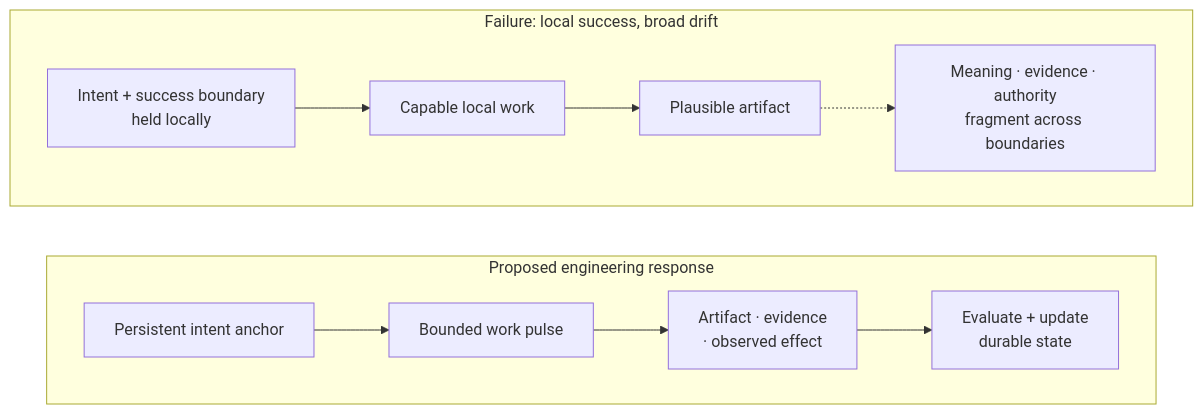
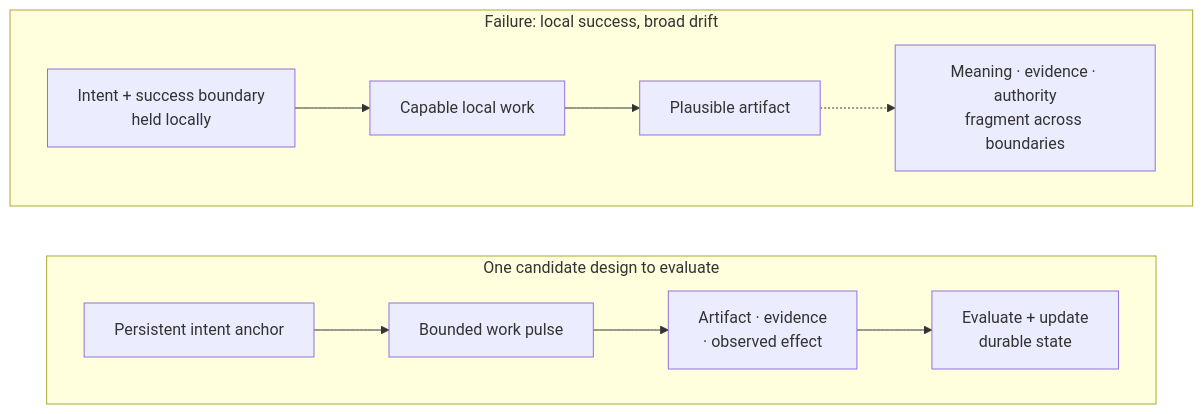
Before and after one commit to yiwei79/root-azoth: the first of 7 diagrams in docs/INTENT_TO_OUTCOME_ENGINEERING.md, drawn with Mermaid. The commit also changed other lines of this file and 2 other files, not shown here.

````diff
--- a/docs/INTENT_TO_OUTCOME_ENGINEERING.md
+++ b/docs/INTENT_TO_OUTCOME_ENGINEERING.md
@@ -35,18 +36,18 @@
 ```mermaid
 flowchart TB
     subgraph F["Failure: local success, broad drift"]
         direction LR
         F1["Intent + success boundary<br/>held locally"] --> F2["Capable local work"]
         F2 --> F3["Plausible artifact"]
         F3 -.-> F4["Meaning · evidence · authority<br/>fragment across boundaries"]
     end
 
-    subgraph R["Proposed engineering response"]
+    subgraph R["One candidate design to evaluate"]
         direction LR
         R1["Persistent intent anchor"] --> R2["Bounded work pulse"]
         R2 --> R3["Artifact · evidence<br/>· observed effect"]
         R3 --> R4["Evaluate + update<br/>durable state"]
     end
 
     F ~~~ R
 ```
````
